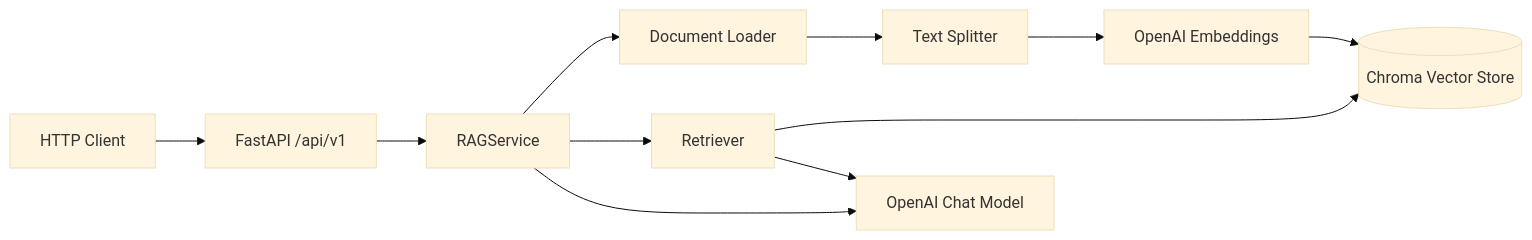
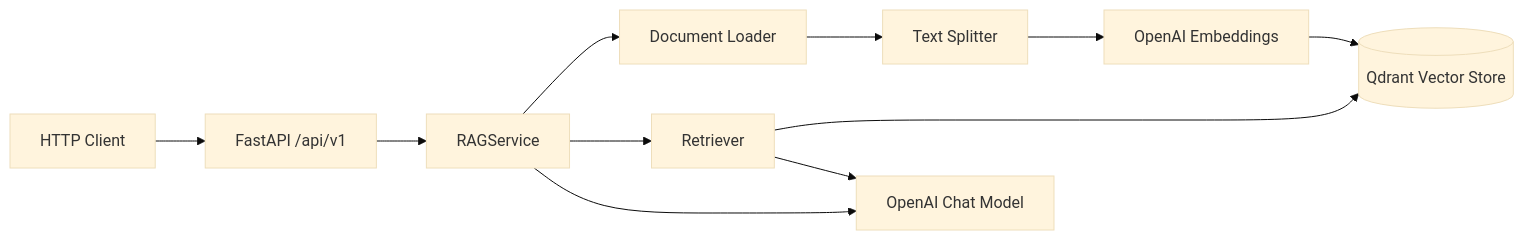
Before and after one commit to meet-cloudmate/basic-rag-python: the diagram in docs/architecture.md, drawn with Mermaid (base theme). The commit also changed other lines of this file and 14 other files, not shown here.

First line of the commit message:
Replace Chroma with Qdrant and add pluggable vector store factory

````diff
--- a/docs/architecture.md
+++ b/docs/architecture.md
@@ -14,18 +14,18 @@
 ```mermaid
 flowchart LR
     Client[HTTP Client]
     API[FastAPI /api/v1]
     Svc[RAGService]
     Load[Document Loader]
     Split[Text Splitter]
-    VS[(Chroma Vector Store)]
+    VS[(Qdrant Vector Store)]
     Emb[OpenAI Embeddings]
     Ret[Retriever]
     LLM[OpenAI Chat Model]
 
     Client --> API --> Svc
     Svc --> Load --> Split --> Emb --> VS
     Svc --> Ret --> VS
     Ret --> LLM
     Svc --> LLM
 ```
````
